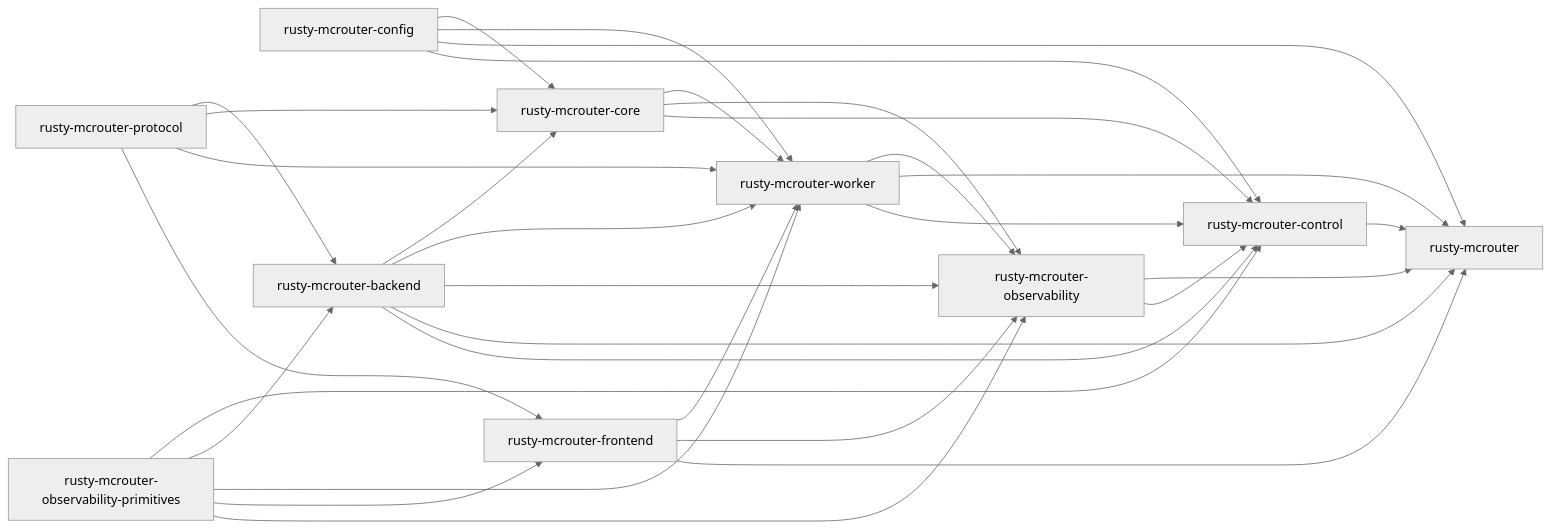
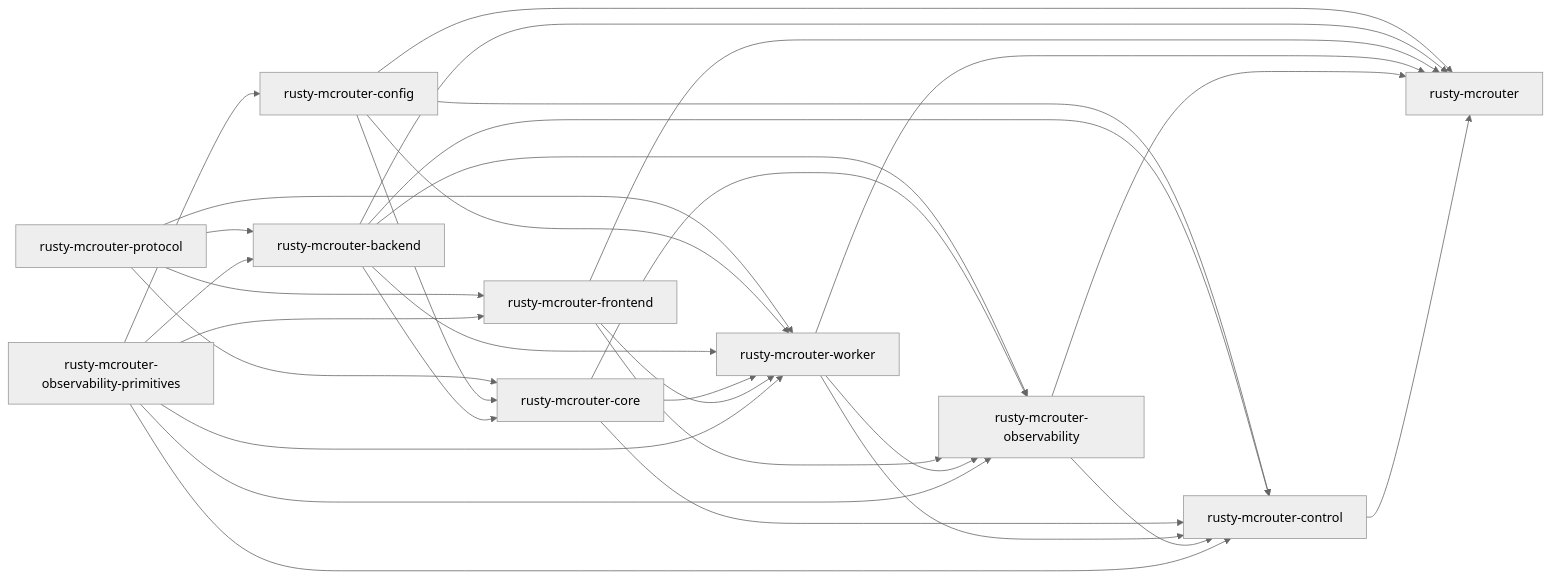
The first of 3 diagrams in docs/architecture/README.md (raydatray/rusty-mcrouter), drawn with Mermaid (neutral theme) before and after one commit. The commit also changed other lines of this file and 7 other files, not shown here.

````diff
--- a/docs/architecture/README.md
+++ b/docs/architecture/README.md
@@ -24,44 +24,45 @@
 ```mermaid
 flowchart LR
     P[rusty-mcrouter-protocol]
     K[rusty-mcrouter-config]
     Q[rusty-mcrouter-observability-primitives]
     B[rusty-mcrouter-backend]
     C[rusty-mcrouter-core]
     F[rusty-mcrouter-frontend]
     X[rusty-mcrouter-worker]
     O[rusty-mcrouter-observability]
     T[rusty-mcrouter-control]
     R[rusty-mcrouter]
 
     P --> B
     P --> C
     P --> X
     P --> F
     K --> C
     K --> X
     B --> C
     B --> X
     C --> X
     F --> X
     B --> O
     C --> O
     F --> O
     X --> O
     K --> R
     B --> R
     F --> R
     X --> R
     O --> R
     K --> T
     B --> T
     C --> T
     X --> T
     O --> T
     Q --> T
     T --> R
     Q --> B
+    Q --> K
     Q --> X
     Q --> F
     Q --> O
 ```
````
